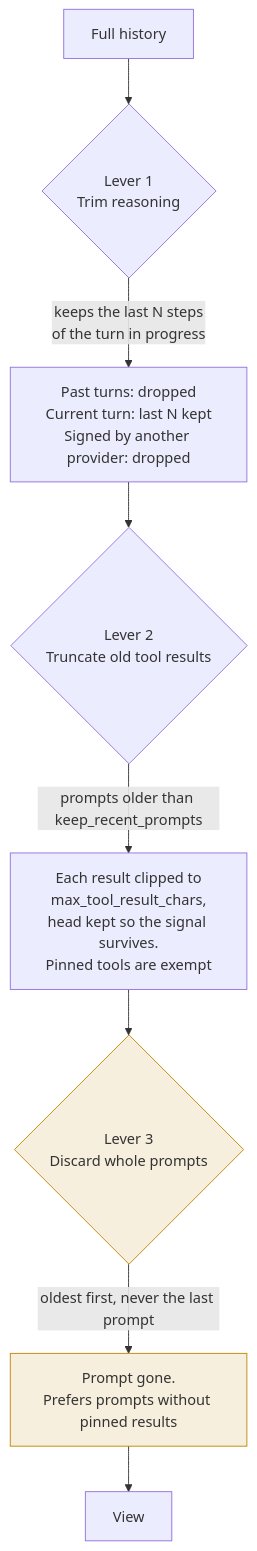
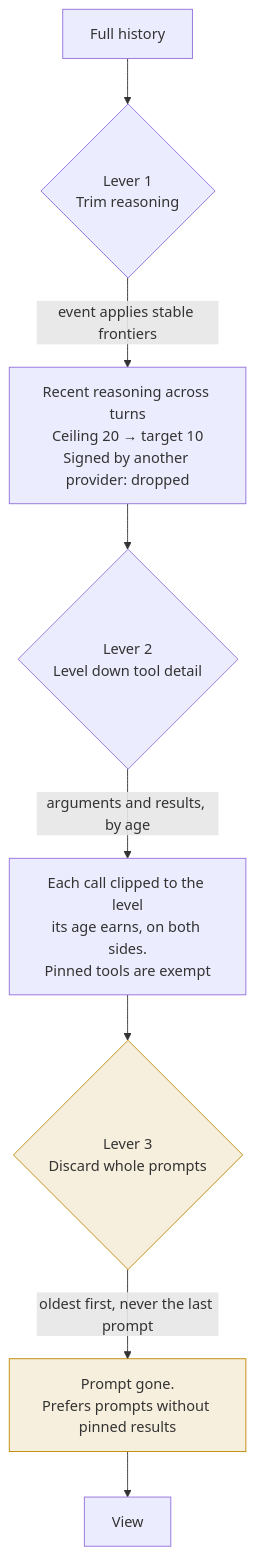
Before and after one commit to GabrielMartinMoran/sigil: the fourth of 11 diagrams in docs/context.md, drawn with Mermaid. The commit also changed other lines of this file and 73 other files, not shown here.

First line of the commit message:
feat(context): coordinate durable compaction and tool detail levels

````diff
--- a/docs/context.md
+++ b/docs/context.md
@@ -163,17 +149,17 @@
 ```mermaid
 flowchart TD
     IN["Full history"] --> L1
 
     L1{"Lever 1<br/>Trim reasoning"}
-    L1 -->|"keeps the last N steps<br/>of the turn in progress"| A1["Past turns: dropped<br/>Current turn: last N kept<br/>Signed by another provider: dropped"]
+    L1 -->|"event applies stable frontiers"| A1["Recent reasoning across turns<br/>Ceiling 20 → target 10<br/>Signed by another provider: dropped"]
 
-    A1 --> L2{"Lever 2<br/>Truncate old tool results"}
-    L2 -->|"prompts older than keep_recent_prompts"| A2["Each result clipped to<br/>max_tool_result_chars,<br/>head kept so the signal survives.<br/>Pinned tools are exempt"]
+    A1 --> L2{"Lever 2<br/>Level down tool detail"}
+    L2 -->|"arguments and results, by age"| A2["Each call clipped to the level<br/>its age earns, on both sides.<br/>Pinned tools are exempt"]
     A2 --> L3{"Lever 3<br/>Discard whole prompts"}
     L3 -->|"oldest first, never the last prompt"| A3["Prompt gone.<br/>Prefers prompts without pinned results"]
 
     A3 --> OUT["View"]
 
     style L3 fill:#bf870022,stroke:#bf8700
     style A3 fill:#bf870022,stroke:#bf8700
 ```
````
